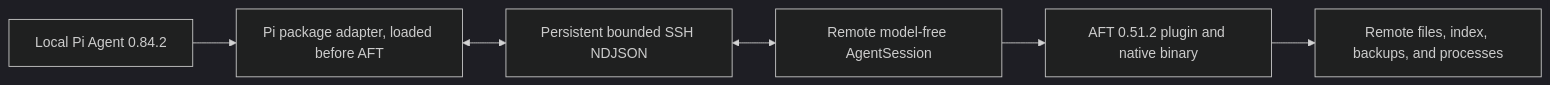
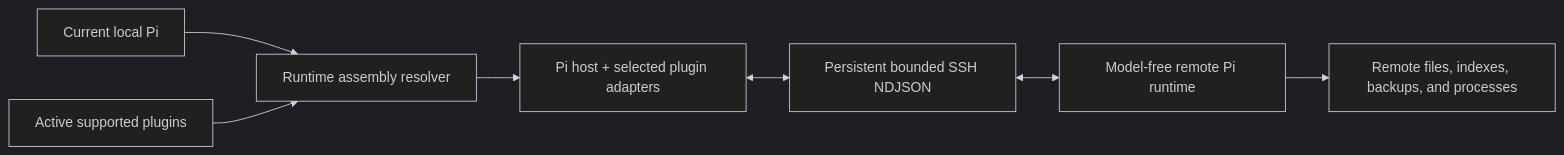
The diagram in packages/pi/README.md (fuyao66/omp-ssh-remote), drawn with Mermaid (dark theme) before and after one commit. The commit also changed other lines of this file and 33 other files, not shown here.

First line of the commit message:
refactor(pi): implement dynamic runtime assembly and update AFT adapter to 0.51.3

````diff
--- a/packages/pi/README.md
+++ b/packages/pi/README.md
@@ -20,8 +19,9 @@
 ```mermaid
 flowchart LR
-  Pi[Local Pi Agent 0.84.2] --> Adapter[Pi package adapter, loaded before AFT]
-  Adapter <--> SSH[Persistent bounded SSH NDJSON]
-  SSH <--> Worker[Remote model-free AgentSession]
-  Worker --> AFT[AFT 0.51.2 plugin and native binary]
-  AFT --> Workspace[Remote files, index, backups, and processes]
+  Pi[Current local Pi] --> Resolver[Runtime assembly resolver]
+  Plugins[Active supported plugins] --> Resolver
+  Resolver --> Assembly[Pi host + selected plugin adapters]
+  Assembly <--> SSH[Persistent bounded SSH NDJSON]
+  SSH <--> Worker[Model-free remote Pi runtime]
+  Worker --> Workspace[Remote files, indexes, backups, and processes]
 ```
````
